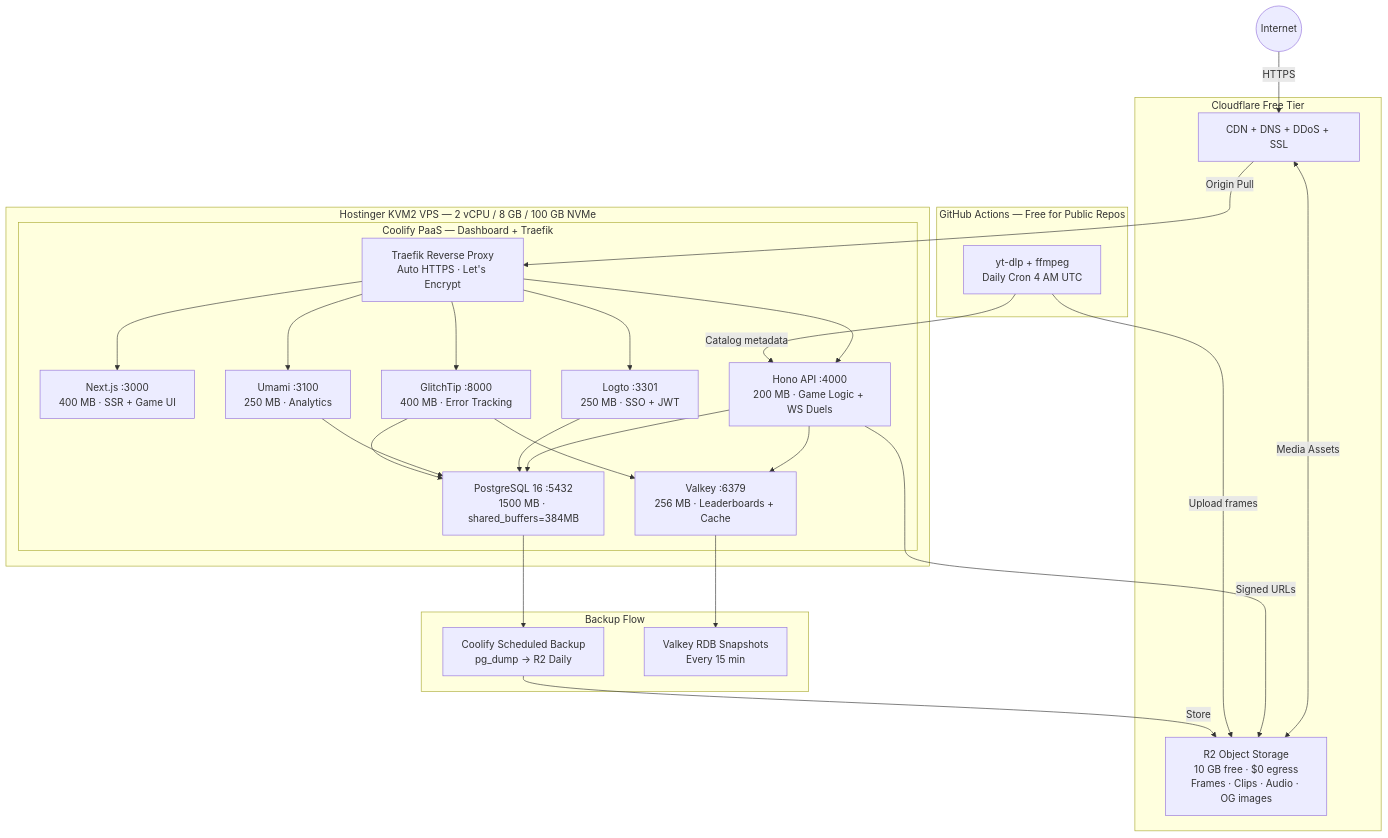
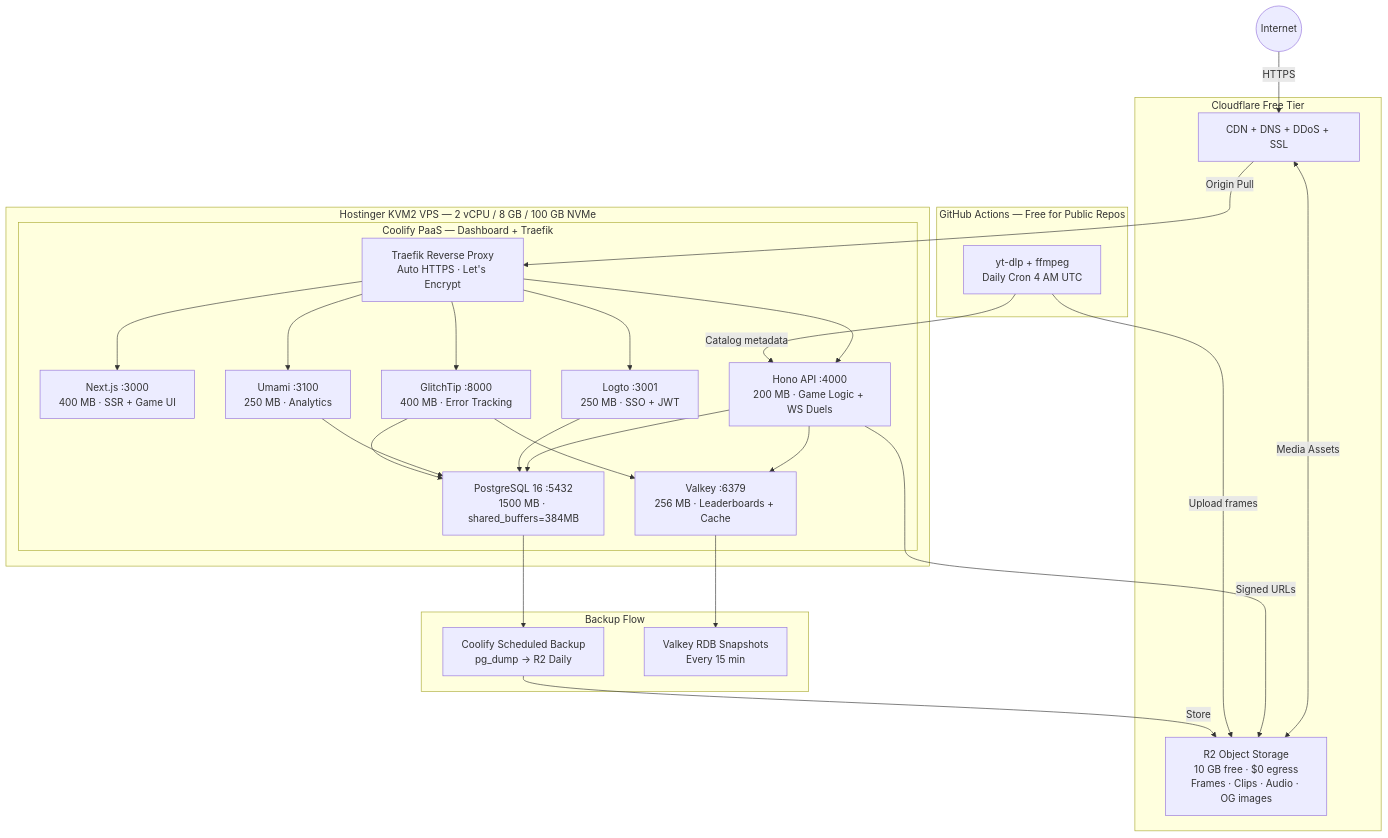
Before and after one commit to Dagdelo/Framedle: the diagram in docs/architecture/vps-deployment.md, drawn with Mermaid. The commit also changed other lines of this file and 1 other file, not shown here.

Commit message:
docs: update auth and deployment docs for Logto Coolify deployment

````diff
--- a/docs/architecture/vps-deployment.md
+++ b/docs/architecture/vps-deployment.md
@@ -759,56 +759,56 @@
 ```mermaid
 flowchart TB
     subgraph GHA[GitHub Actions — Free for Public Repos]
         Pipeline[yt-dlp + ffmpeg<br/>Daily Cron 4 AM UTC]
     end
 
     subgraph CF[Cloudflare Free Tier]
         CDN[CDN + DNS + DDoS + SSL]
         R2[R2 Object Storage<br/>10 GB free · $0 egress<br/>Frames · Clips · Audio · OG images]
     end
 
     subgraph VPS[Hostinger KVM2 VPS — 2 vCPU / 8 GB / 100 GB NVMe]
         subgraph Coolify[Coolify PaaS — Dashboard + Traefik]
             Traefik[Traefik Reverse Proxy<br/>Auto HTTPS · Let's Encrypt]
 
             NextJS[Next.js :3000<br/>400 MB · SSR + Game UI]
             Hono[Hono API :4000<br/>200 MB · Game Logic + WS Duels]
-            Logto[Logto :3301<br/>250 MB · SSO + JWT]
+            Logto[Logto :3001<br/>250 MB · SSO + JWT]
             Umami[Umami :3100<br/>250 MB · Analytics]
             GlitchTip[GlitchTip :8000<br/>400 MB · Error Tracking]
 
             PG[PostgreSQL 16 :5432<br/>1500 MB · shared_buffers=384MB]
             Valkey[Valkey :6379<br/>256 MB · Leaderboards + Cache]
         end
     end
 
     subgraph Backup[Backup Flow]
         PGBackup[Coolify Scheduled Backup<br/>pg_dump → R2 Daily]
         ValkeySnap[Valkey RDB Snapshots<br/>Every 15 min]
     end
 
     Internet((Internet)) -->|HTTPS| CDN
     CDN -->|Origin Pull| Traefik
     CDN <-->|Media Assets| R2
 
     Traefik --> NextJS
     Traefik --> Hono
     Traefik --> Logto
     Traefik --> Umami
     Traefik --> GlitchTip
 
     Hono --> PG
     Hono --> Valkey
     Hono -->|Signed URLs| R2
     Logto --> PG
     Umami --> PG
     GlitchTip --> PG
     GlitchTip --> Valkey
 
     Pipeline -->|Upload frames| R2
     Pipeline -->|Catalog metadata| Hono
 
     PG --> PGBackup
     Valkey --> ValkeySnap
     PGBackup -->|Store| R2
 ```
````
